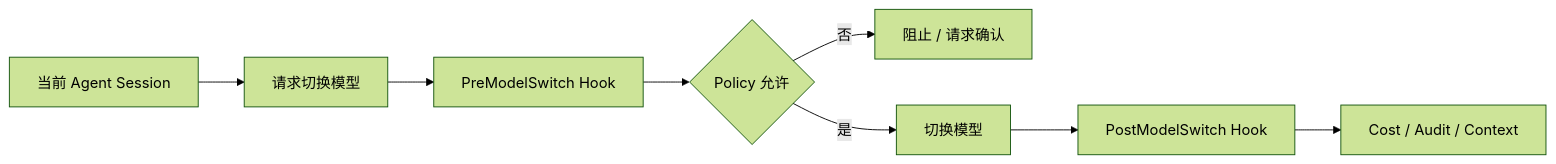
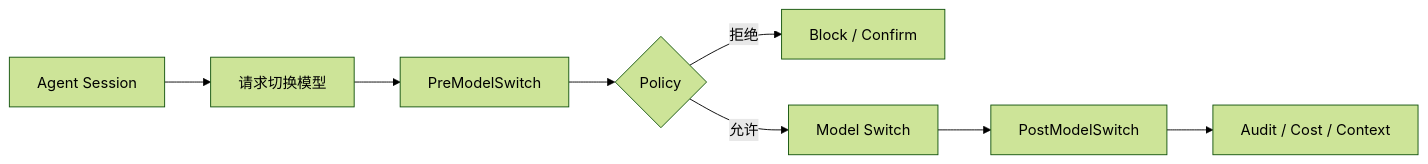
One commit to wlf186/ai-daily-headlines changed the fifth of 20 diagrams in 260829.md. Above: the diagram before and after it, drawn with Mermaid (forest theme). The commit also changed other lines of this file, not shown here.

````diff
--- a/260829.md
+++ b/260829.md
@@ -217,10 +213,10 @@
 ```mermaid
 flowchart LR
-    C1[当前 Agent Session] --> C2[请求切换模型]
-    C2 --> C3[PreModelSwitch Hook]
-    C3 --> C4{Policy 允许}
-    C4 -- 否 --> C5[阻止 / 请求确认]
-    C4 -- 是 --> C6[切换模型]
-    C6 --> C7[PostModelSwitch Hook]
-    C7 --> C8[Cost / Audit / Context]
+    C1[Agent Session] --> C2[请求切换模型]
+    C2 --> C3[PreModelSwitch]
+    C3 --> C4{Policy}
+    C4 -- 拒绝 --> C5[Block / Confirm]
+    C4 -- 允许 --> C6[Model Switch]
+    C6 --> C7[PostModelSwitch]
+    C7 --> C8[Audit / Cost / Context]
 ```
````
